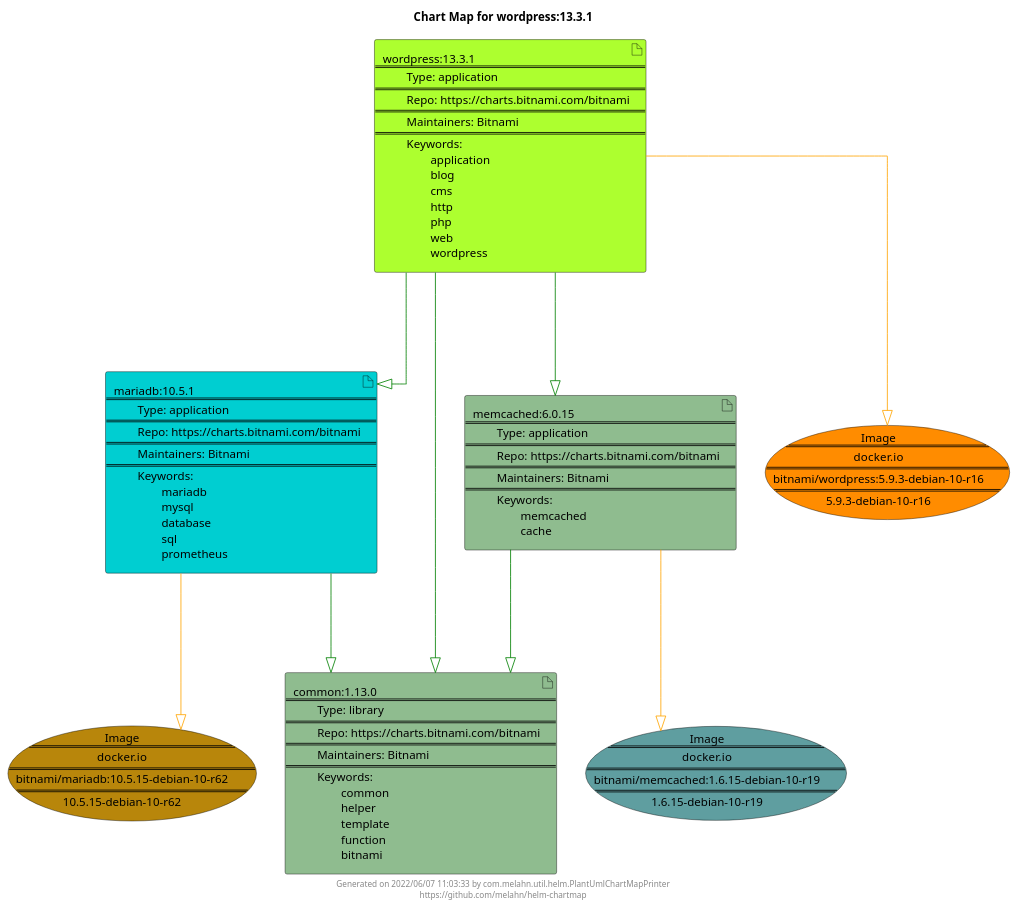
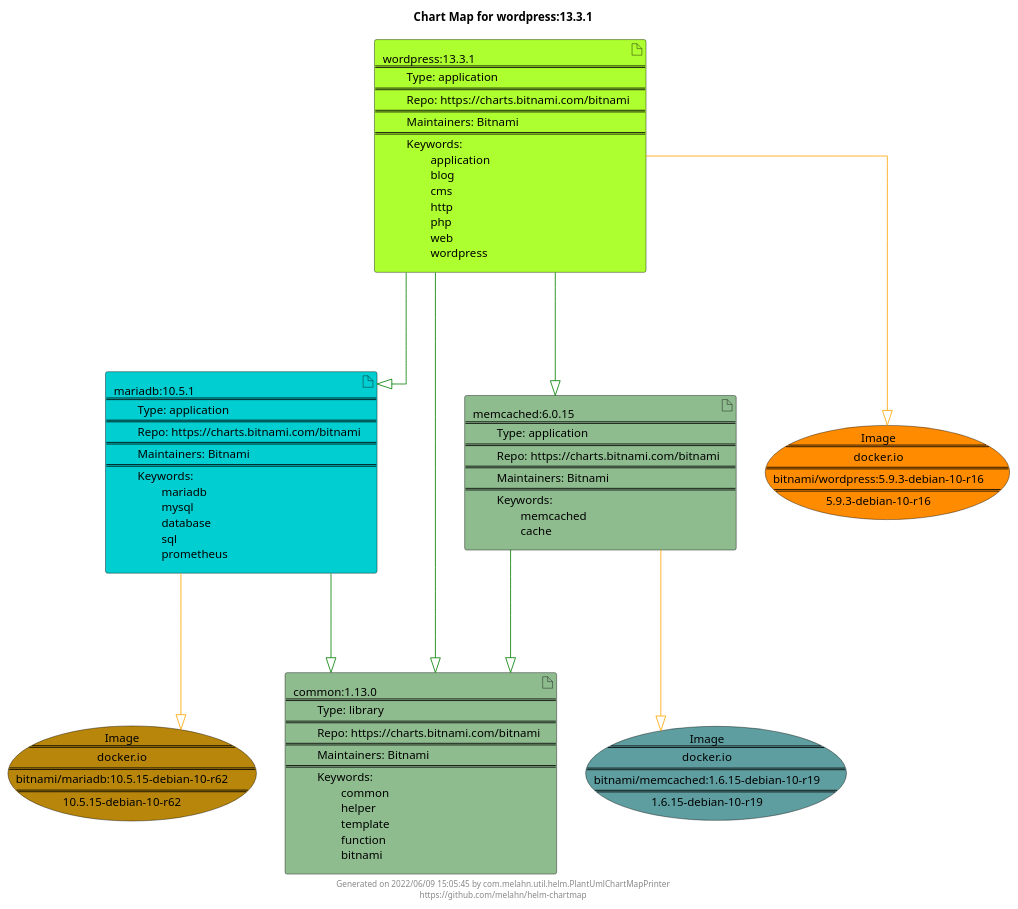
The diagram in docs/wordpress/wordpress-13.3.1.puml (melahn/helm-chartmap), drawn with PlantUML before and after one commit. The commit also changed 60 other files, not shown here.

Commit message:
Update Example Chart Maps as part of GitHub build

```diff
--- a/docs/wordpress/wordpress-13.3.1.puml
+++ b/docs/wordpress/wordpress-13.3.1.puml
@@ -1,33 +1,33 @@
 @startuml
 skinparam linetype ortho
 skinparam backgroundColor white
 skinparam usecaseBorderColor black
 skinparam usecaseArrowColor LightSlateGray
 skinparam artifactBorderColor black
 skinparam artifactArrowColor LightSlateGray
 
 title Chart Map for wordpress:13.3.1
 
 'There are 4 referenced Helm Charts
 artifact "wordpress:13.3.1\n====\n\tType: application\n====\n\tRepo: https://charts.bitnami.com/bitnami\n====\n\tMaintainers: Bitnami\n====\n\tKeywords: \n\t\tapplication\n\t\tblog\n\t\tcms\n\t\thttp\n\t\tphp\n\t\tweb\n\t\twordpress" as wordpress_13_3_1 #GreenYellow
 artifact "common:1.13.0\n====\n\tType: library\n====\n\tRepo: https://charts.bitnami.com/bitnami\n====\n\tMaintainers: Bitnami\n====\n\tKeywords: \n\t\tcommon\n\t\thelper\n\t\ttemplate\n\t\tfunction\n\t\tbitnami" as common_1_13_0 #DarkSeaGreen
 artifact "mariadb:10.5.1\n====\n\tType: application\n====\n\tRepo: https://charts.bitnami.com/bitnami\n====\n\tMaintainers: Bitnami\n====\n\tKeywords: \n\t\tmariadb\n\t\tmysql\n\t\tdatabase\n\t\tsql\n\t\tprometheus" as mariadb_10_5_1 #DarkTurquoise
 artifact "memcached:6.0.15\n====\n\tType: application\n====\n\tRepo: https://charts.bitnami.com/bitnami\n====\n\tMaintainers: Bitnami\n====\n\tKeywords: \n\t\tmemcached\n\t\tcache" as memcached_6_0_15 #DarkSeaGreen
 
 'There are 3 referenced Docker Images
 usecase "Image\n====\ndocker.io\n====\nbitnami/memcached:1.6.15-debian-10-r19\n====\n1.6.15-debian-10-r19" as docker_io_bitnami_memcached_1_6_15_debian_10_r19 #CadetBlue
 usecase "Image\n====\ndocker.io\n====\nbitnami/mariadb:10.5.15-debian-10-r62\n====\n10.5.15-debian-10-r62" as docker_io_bitnami_mariadb_10_5_15_debian_10_r62 #DarkGoldenRod
 usecase "Image\n====\ndocker.io\n====\nbitnami/wordpress:5.9.3-debian-10-r16\n====\n5.9.3-debian-10-r16" as docker_io_bitnami_wordpress_5_9_3_debian_10_r16 #Darkorange
 
 'Chart Dependencies
-wordpress_13_3_1--[#green]-|>common_1_13_0
+wordpress_13_3_1--[#green]-|>mariadb_10_5_1
+mariadb_10_5_1--[#green]-|>common_1_13_0
 wordpress_13_3_1--[#green]-|>memcached_6_0_15
 memcached_6_0_15--[#green]-|>common_1_13_0
-wordpress_13_3_1--[#green]-|>mariadb_10_5_1
-mariadb_10_5_1--[#green]-|>common_1_13_0
+wordpress_13_3_1--[#green]-|>common_1_13_0
 wordpress_13_3_1--[#orange]-|>docker_io_bitnami_wordpress_5_9_3_debian_10_r16
 mariadb_10_5_1--[#orange]-|>docker_io_bitnami_mariadb_10_5_15_debian_10_r62
 memcached_6_0_15--[#orange]-|>docker_io_bitnami_memcached_1_6_15_debian_10_r19
 
-center footer Generated on 2022/06/07 11:03:33 by com.melahn.util.helm.PlantUmlChartMapPrinter\nhttps://github.com/melahn/helm-chartmap
+center footer Generated on 2022/06/09 15:05:45 by com.melahn.util.helm.PlantUmlChartMapPrinter\nhttps://github.com/melahn/helm-chartmap
 @enduml
```
